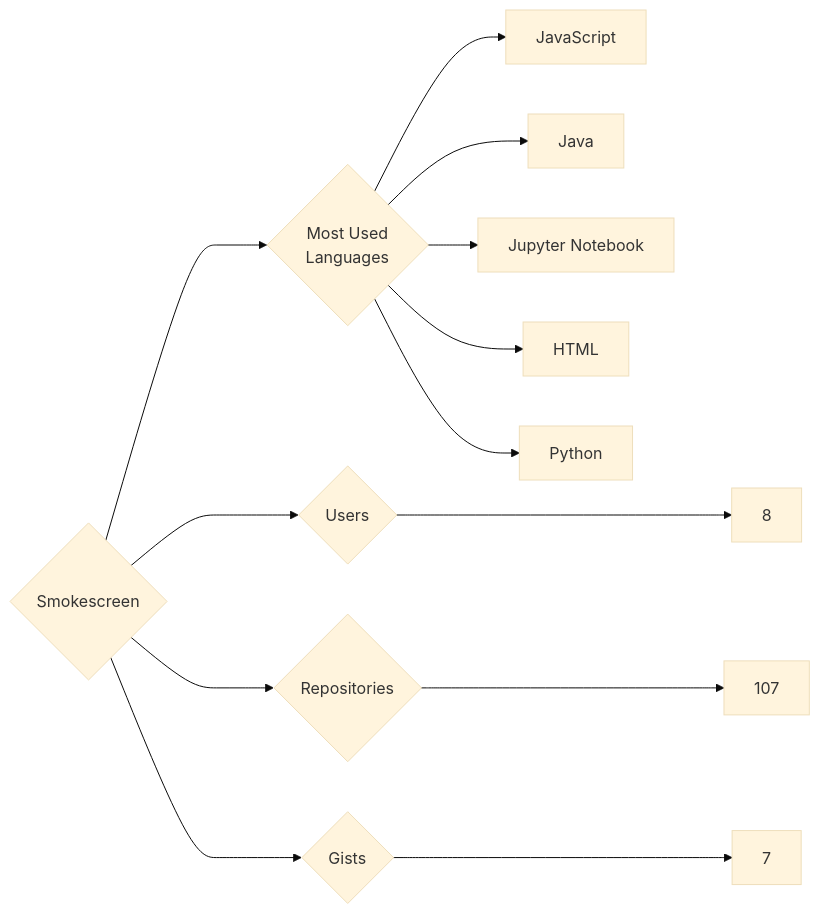
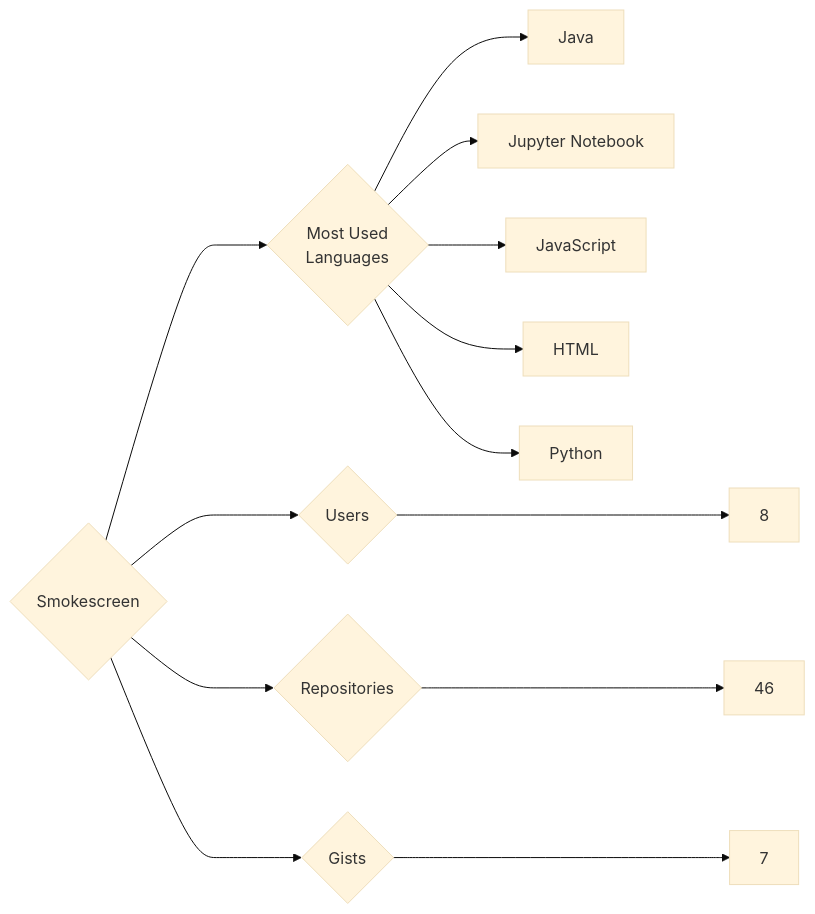
The diagram in targets/Smokescreen/README.md (trickest/insiders), drawn with Mermaid (base theme) before and after one commit. The commit also changed 1248 other files, not shown here.

````diff
--- a/targets/Smokescreen/README.md
+++ b/targets/Smokescreen/README.md
@@ -3,13 +3,13 @@
 ```mermaid
 graph LR
 COMPANY_NAME{Smokescreen}
 COMPANY_NAME ---> U{Users} ---> UN[8]
-COMPANY_NAME ---> R{Repositories} ---> RN[107]
+COMPANY_NAME ---> R{Repositories} ---> RN[46]
 COMPANY_NAME ---> G{Gists} ---> GN[7]
 COMPANY_NAME ---> ML{Most Used<br>Languages}
-ML --> JavaScript[JavaScript]
 ML --> Java[Java]
 ML --> Jupyter_Notebook[Jupyter Notebook]
+ML --> JavaScript[JavaScript]
 ML --> HTML[HTML]
 ML --> Python[Python]
 ```
````
